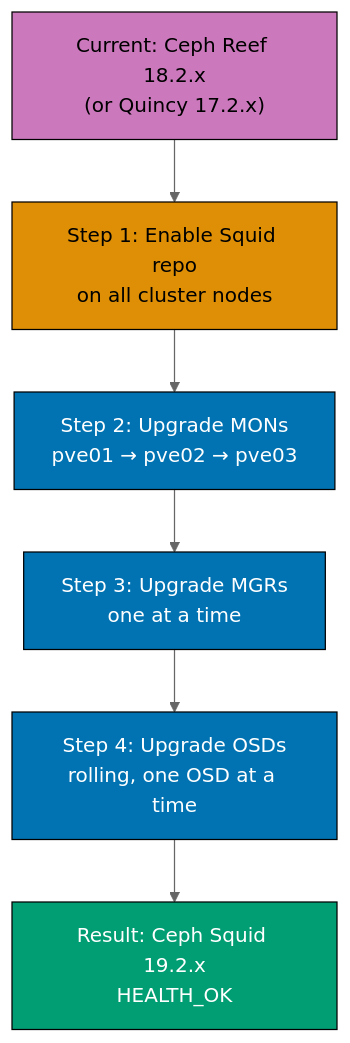
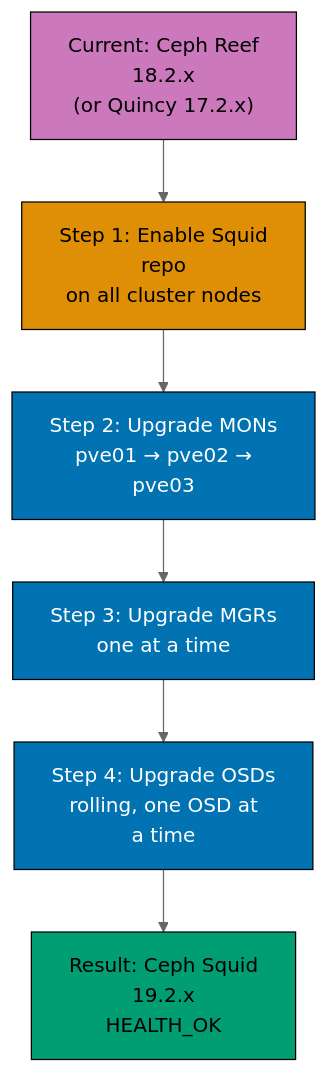
The seventh of 12 diagrams in apps/ayokoding-www/content/en/learn/legacy/software-engineering/infrastructure/tools/proxmox/by-example/advanced.md (wahidyankf/ose-public), drawn with Mermaid (neutral theme) before and after one commit. The commit also changed other lines of this file and 131 other files, not shown here.

First line of the commit message:
fix(mermaid): bring the legacy data, infrastructure, and testing diagrams onto the accessible palette

````diff
--- a/apps/ayokoding-www/content/en/learn/legacy/software-engineering/infrastructure/tools/proxmox/by-example/advanced.md
+++ b/apps/ayokoding-www/content/en/learn/legacy/software-engineering/infrastructure/tools/proxmox/by-example/advanced.md
@@ -1719,16 +1765,23 @@
 ```mermaid
 %% Color Palette: Blue #0173B2, Orange #DE8F05, Teal #029E73, Purple #CC78BC, Brown #CA9161
 graph TD
-    A["Current: Ceph Reef 18.2.x<br/>(or Quincy 17.2.x)"] --> B["Step 1: Enable Squid repo<br/>on all cluster nodes"]
-    B --> C["Step 2: Upgrade MONs<br/>pve01 → pve02 → pve03"]
+    accTitle: Example 77: Upgrade Ceph from Quincy/Reef to Squid Before PVE 9
+    accDescr: Graph with 6 nodes and 5 connections. Nodes: Current: Ceph Reef 18.2.x (or Quincy 17.2.x), Step 1: Enable Squid repo on all cluster nodes, Step 2: Upgrade MONs pve01 → pve02 → pve03, Step 3: Upgrade MGRs one at a time, Step 4: Upgrade OSDs rolling, one OSD at a time, Result: Ceph Squid 19.2.x HEALTH_OK. Connections: Current: Ceph Reef 18.2.x (or Quincy 17.2.x) to Step 1: Enable Squid repo on all cluster nodes, Step 1: Enable Squid repo on all cluster nodes to Step 2: Upgrade MONs pve01 → pve02 → pve03, Step 2: Upgrade MONs pve01 → pve02 → pve03 to Step 3: Upgrade MGRs one at a time, Step 3: Upgrade MGRs one at a time to Step 4: Upgrade OSDs rolling, one OSD at a time, Step 4: Upgrade OSDs rolling, one OSD at a time to Result: Ceph Squid 19.2.x HEALTH_OK.
+    A["Current: Ceph Reef<br/>18.2.x<br/>(or Quincy 17.2.x)"] --> B["Step 1: Enable Squid<br/>repo<br/>on all cluster nodes"]
+    B --> C["Step 2: Upgrade MONs<br/>pve01 → pve02 →<br/>pve03"]
     C --> D["Step 3: Upgrade MGRs<br/>one at a time"]
-    D --> E["Step 4: Upgrade OSDs<br/>rolling, one OSD at a time"]
-    E --> F["Result: Ceph Squid 19.2.x<br/>HEALTH_OK"]
+    D --> E["Step 4: Upgrade OSDs<br/>rolling, one OSD at<br/>a time"]
+    E --> F["Result: Ceph Squid<br/>19.2.x<br/>HEALTH_OK"]
 
-    style A fill:#CC78BC,color:#000,stroke:#000
-    style B fill:#DE8F05,color:#000,stroke:#000
-    style C fill:#0173B2,color:#fff,stroke:#000
-    style D fill:#0173B2,color:#fff,stroke:#000
-    style E fill:#0173B2,color:#fff,stroke:#000
-    style F fill:#029E73,color:#fff,stroke:#000
+    classDef pal-CC78BC fill:#CC78BC,stroke:#000000,color:#000000
+    class A pal-CC78BC
+    classDef pal-DE8F05 fill:#DE8F05,stroke:#000000,color:#000000
+    class B pal-DE8F05
+    classDef pal-0173B2 fill:#0173B2,stroke:#000000,color:#FFFFFF
+    class C pal-0173B2
+    class D pal-0173B2
+    class E pal-0173B2
+    classDef pal-029E73 fill:#029E73,stroke:#000000,color:#000000
+    class F pal-029E73
+    classDef default fill:#FFFFFF,stroke:#000000,color:#000000
 ```
````
